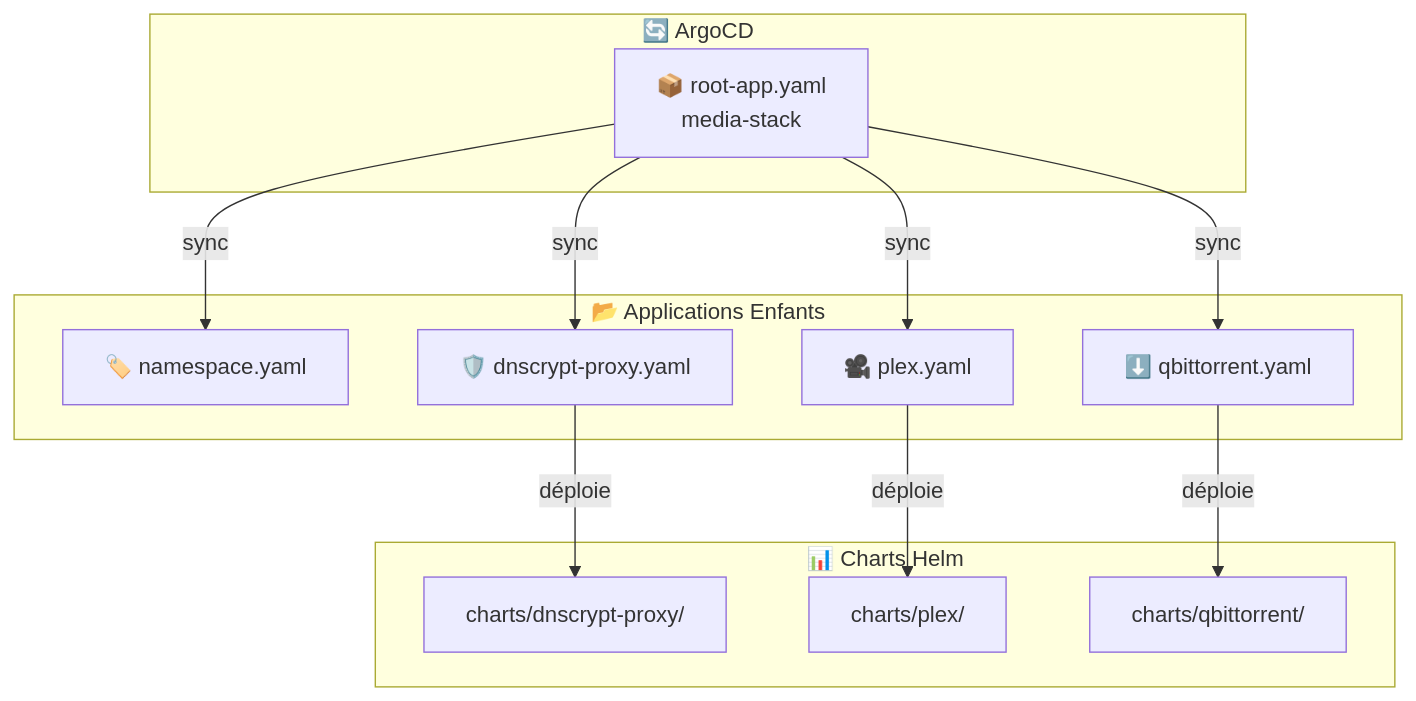
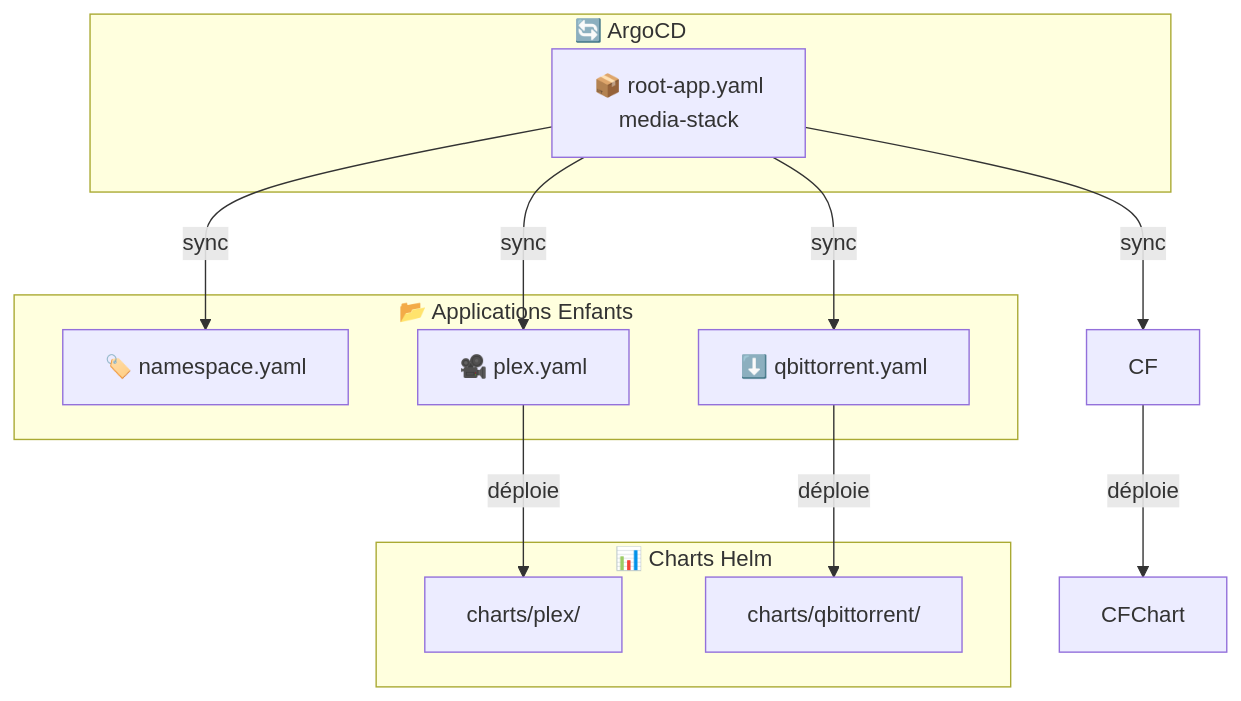
One commit to muchiny/media-stack-k8s changed the first of 2 diagrams in apps/README.md. Above: the diagram before and after it, drawn with Mermaid. The commit also changed other lines of this file and 20 other files, not shown here.

````diff
--- a/apps/README.md
+++ b/apps/README.md
@@ -7,28 +7,26 @@
 ```mermaid
 graph TB
     subgraph "🔄 ArgoCD"
         RootApp[📦 root-app.yaml<br/>media-stack]
     end
 
     subgraph "📂 Applications Enfants"
         NS[🏷️ namespace.yaml]
-        CF[🛡️ dnscrypt-proxy.yaml]
         PX[🎥 plex.yaml]
         QB[⬇️ qbittorrent.yaml]
     end
 
     subgraph "📊 Charts Helm"
-        CFChart[charts/dnscrypt-proxy/]
         PXChart[charts/plex/]
         QBChart[charts/qbittorrent/]
     end
 
     RootApp -->|"sync"| NS
     RootApp -->|"sync"| CF
     RootApp -->|"sync"| PX
     RootApp -->|"sync"| QB
 
     CF -->|"déploie"| CFChart
     PX -->|"déploie"| PXChart
     QB -->|"déploie"| QBChart
 ```
````
